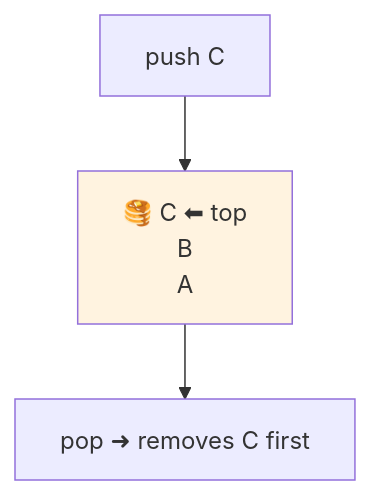
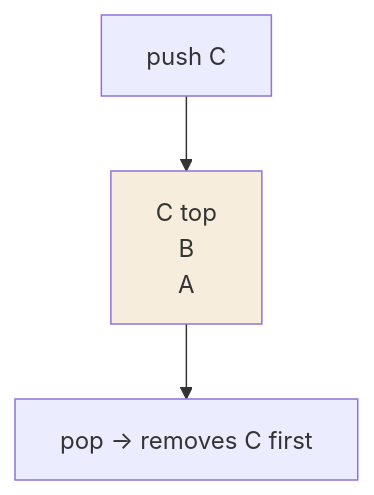
The third of 3 diagrams in src/Theory/08-Collections-Framework/02-List-Interface.md (kundankumarsharma56/Leaning-Java), drawn with Mermaid before and after one commit. The commit also changed other lines of this file and 84 other files, not shown here.

````diff
--- a/src/Theory/08-Collections-Framework/02-List-Interface.md
+++ b/src/Theory/08-Collections-Framework/02-List-Interface.md
@@ -53,6 +53,6 @@
 ```mermaid
 flowchart TD
-    P["push C"] --> ST["🥞 C ⬅ top<br/>B<br/>A"]
-    ST --> PO["pop ➜ removes C first"]
-    style ST fill:#fff3e0
+    P["push C"] --> ST["C  top<br/>B<br/>A"]
+    ST --> PO["pop → removes C first"]
+    style ST fill:#f7eddd
 ```
````
